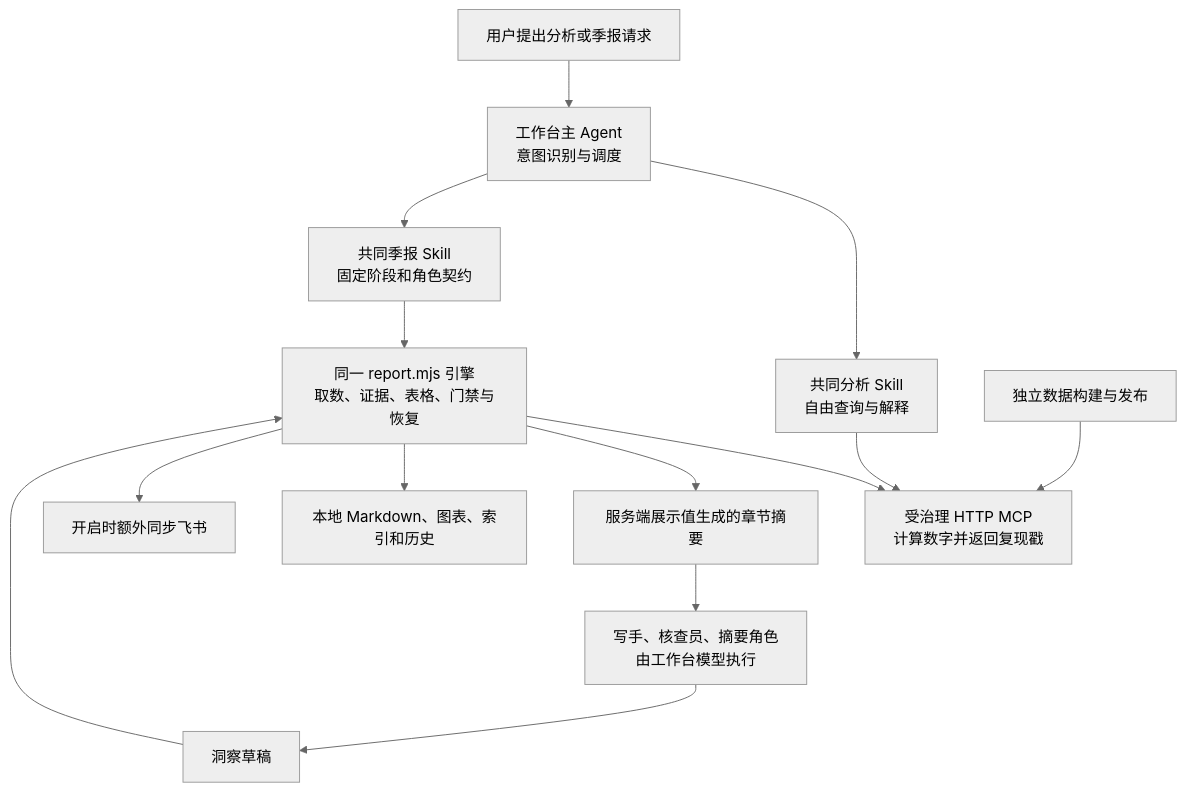
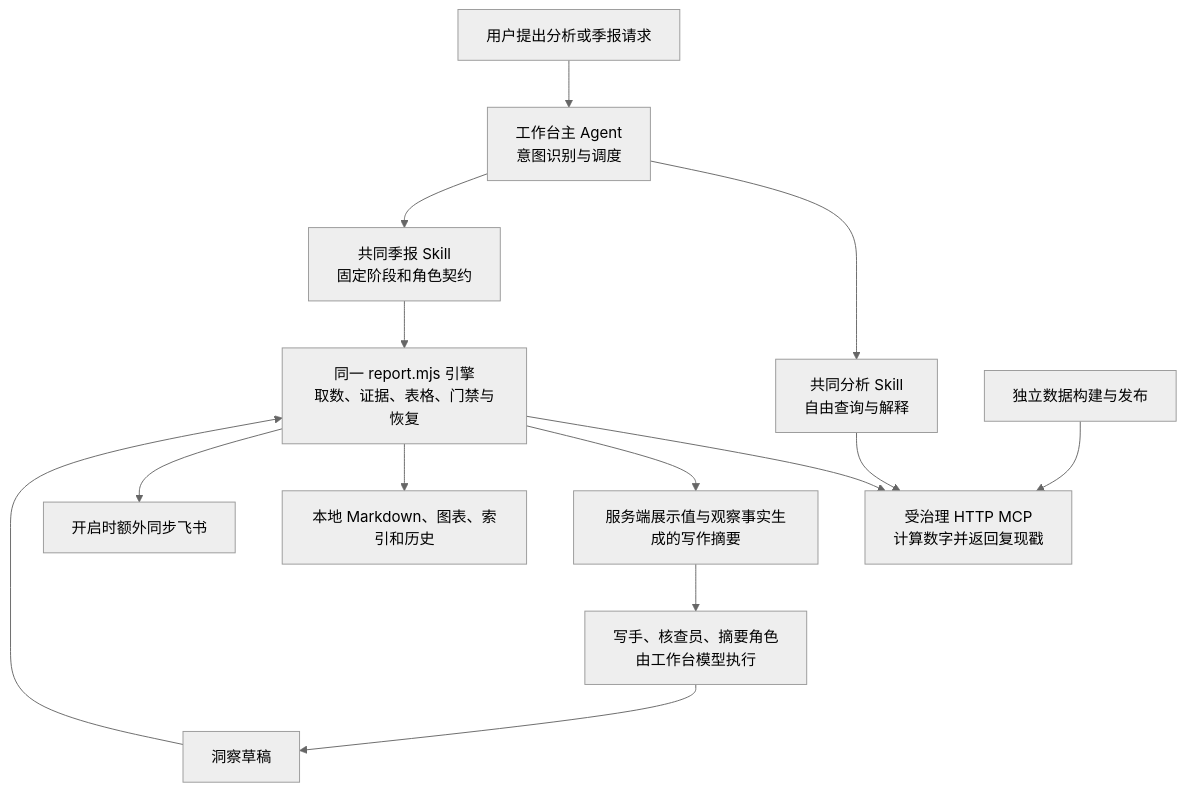
The diagram in docs/ARCHITECTURE.md (ccchenhuohuo/strategic-plugin), drawn with Mermaid (neutral theme) before and after one commit. The commit also changed other lines of this file and 30 other files, not shown here.

````diff
--- a/docs/ARCHITECTURE.md
+++ b/docs/ARCHITECTURE.md
@@ -7,16 +11,16 @@
 ```mermaid
 flowchart TD
   User[用户提出分析或季报请求] --> Host[工作台主 Agent\n意图识别与调度]
   Host --> Analysis[共同分析 Skill\n自由查询与解释]
   Host --> Report[共同季报 Skill\n固定阶段和角色契约]
   Analysis --> MCP[受治理 HTTP MCP\n计算数字并返回复现戳]
   Report --> Engine[同一 report.mjs 引擎\n取数、证据、表格、门禁与恢复]
   Engine --> MCP
-  Engine --> Digests[服务端展示值生成的章节摘要]
+  Engine --> Digests[服务端展示值与观察事实生成的写作摘要]
   Digests --> Roles[写手、核查员、摘要角色\n由工作台模型执行]
   Roles --> Draft[洞察草稿]
   Draft --> Engine
   Engine --> Library[本地 Markdown、图表、索引和历史]
   Engine --> Sync[开启时额外同步飞书]
   Data[独立数据构建与发布] --> MCP
 ```
````
